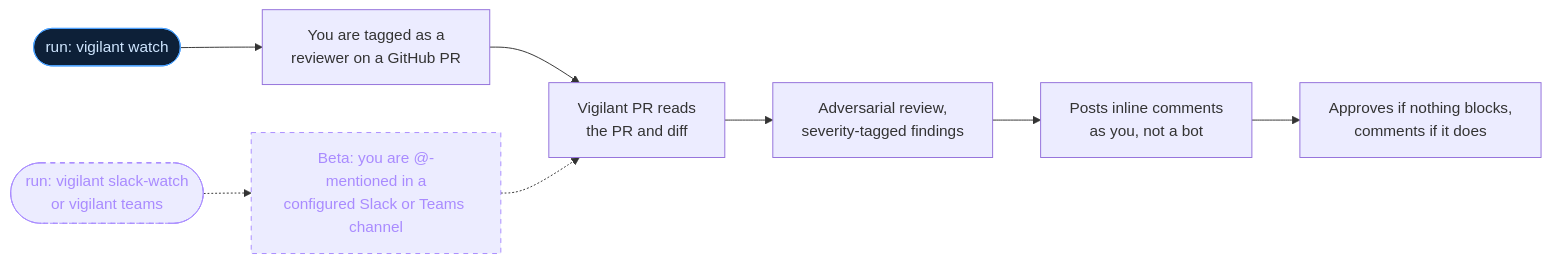
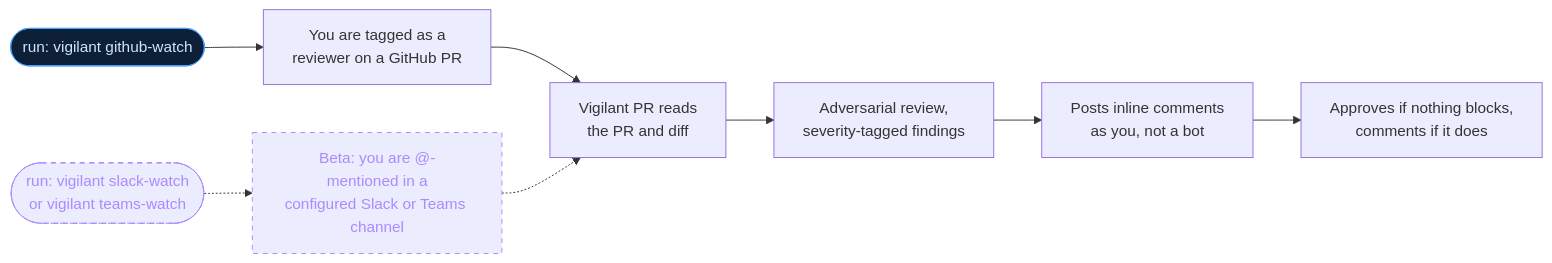
One commit to tllongdev/vigilant-pr changed the diagram in README.md. Above: the diagram before and after it, drawn with Mermaid. The commit also changed other lines of this file and 5 other files, not shown here.

````diff
--- a/README.md
+++ b/README.md
@@ -16,15 +16,15 @@
 ```mermaid
 flowchart LR
-    C1(["run: vigilant watch"]) --> A["You are tagged as a<br/>reviewer on a GitHub PR"]
-    C2(["run: vigilant slack-watch<br/>or vigilant teams"]) -.-> A2["Beta: you are @-mentioned in a<br/>configured Slack or Teams channel"]
+    C1(["run: vigilant github-watch"]) --> A["You are tagged as a<br/>reviewer on a GitHub PR"]
+    C2(["run: vigilant slack-watch<br/>or vigilant teams-watch"]) -.-> A2["Beta: you are @-mentioned in a<br/>configured Slack or Teams channel"]
     A --> B["Vigilant PR reads<br/>the PR and diff"]
     A2 -.-> B
     B --> C["Adversarial review,<br/>severity-tagged findings"]
     C --> D["Posts inline comments<br/>as you, not a bot"]
     D --> E["Approves if nothing blocks,<br/>comments if it does"]
     classDef beta stroke:#a98bff,color:#a98bff,stroke-dasharray:5 5;
     classDef cmd fill:#0d2038,stroke:#4da3ff,color:#cfe6ff;
     class A2 beta;
     class C2 beta;
     class C1 cmd;
 ```
````
